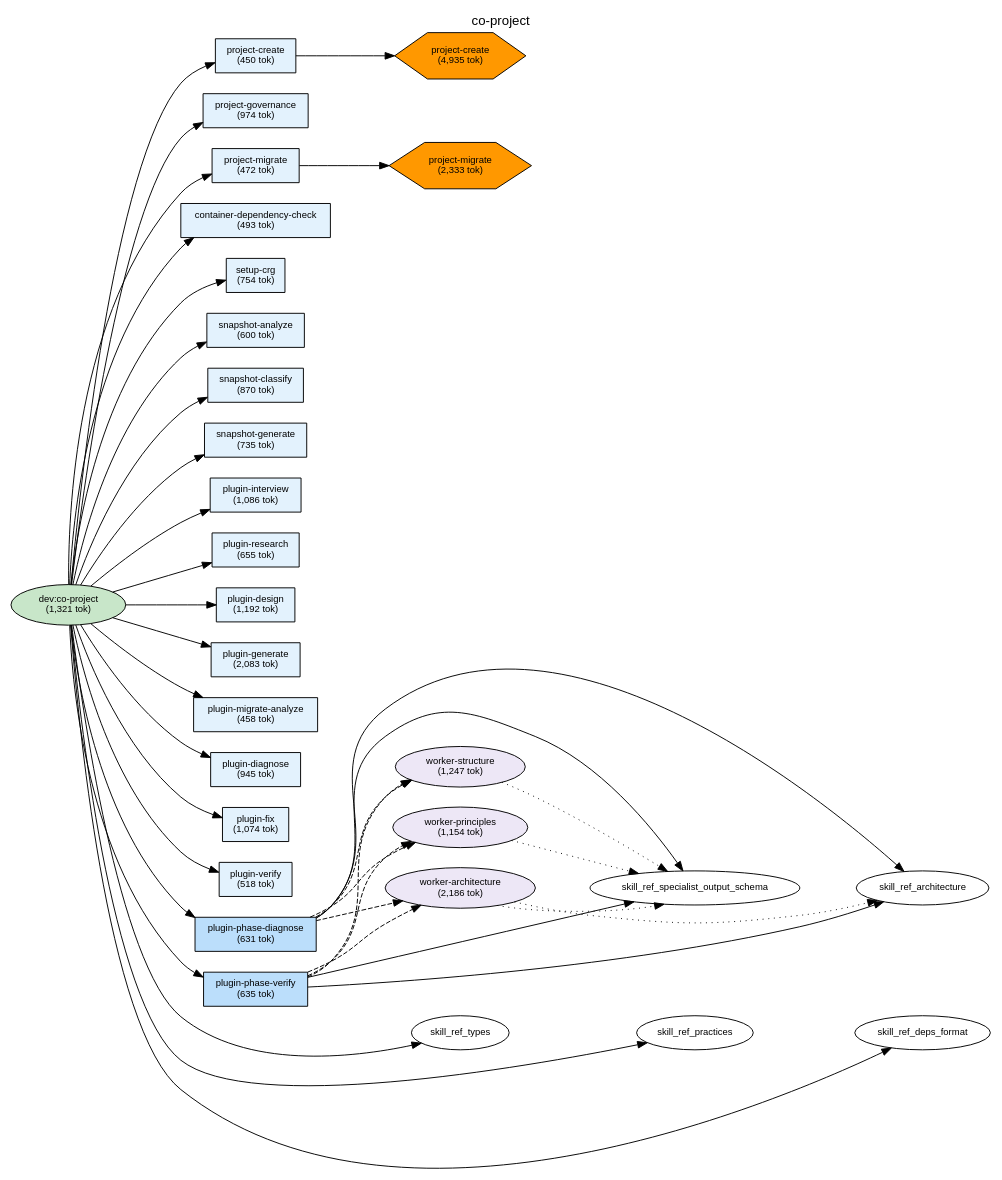
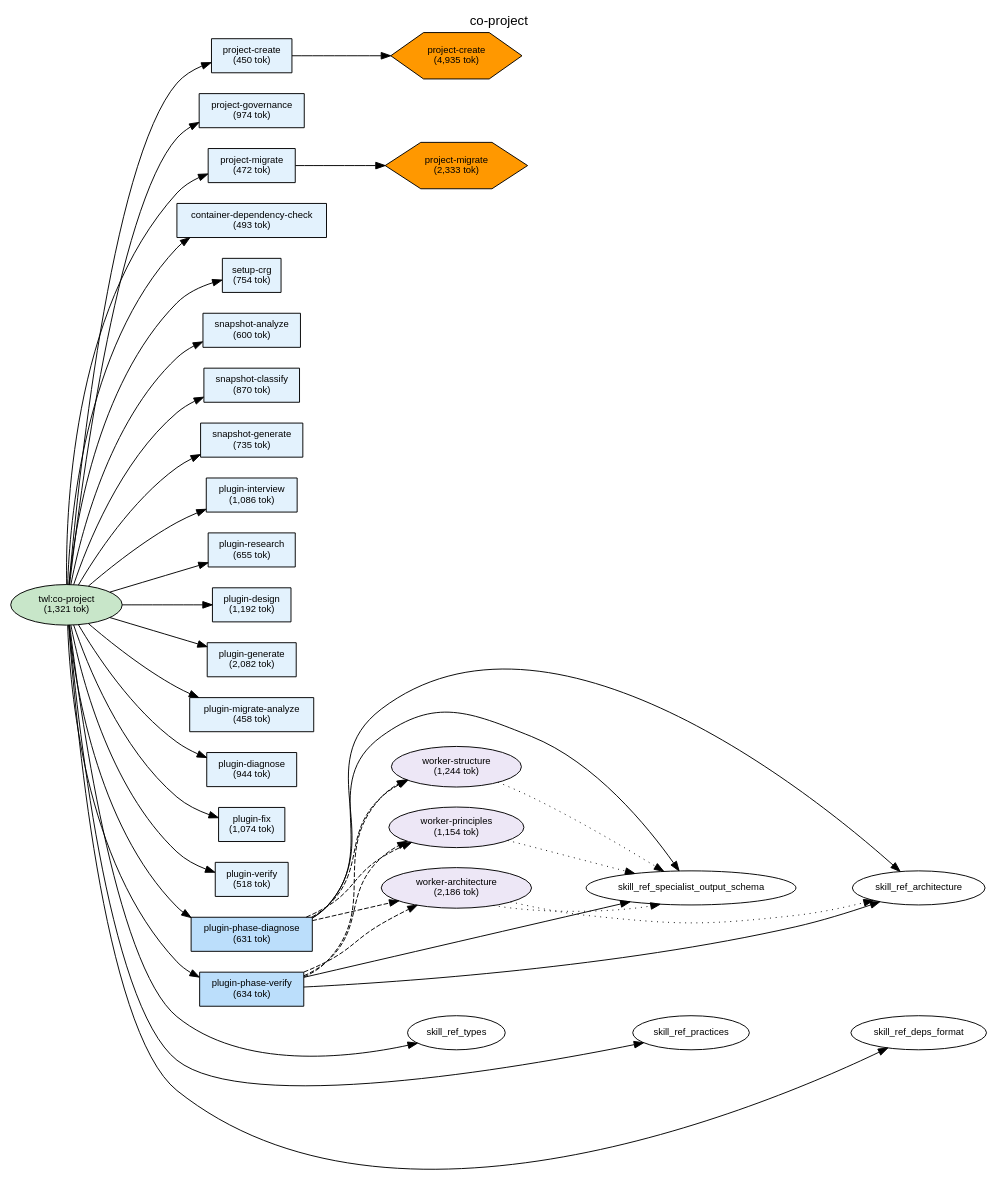
One commit to shuu5/twill changed the diagram in plugins/twl/docs/deps-co-project.dot. Above: the diagram before and after it, drawn with Graphviz. The commit also changed 19 other files, not shown here.

```diff
--- a/plugins/twl/docs/deps-co-project.dot
+++ b/plugins/twl/docs/deps-co-project.dot
@@ -1,133 +1,133 @@
 digraph Dependencies {
     // Graph settings
     rankdir=LR;
     ranksep=0.8;
     nodesep=0.3;
     fontname="Helvetica";
     node [fontname="Helvetica", fontsize=10];
     edge [fontname="Helvetica", fontsize=9];
     label="co-project";
     labelloc=t;
     fontsize=14;
 
     // L0: Controller Skills
-    skill_co_project [label="dev:co-project\n(1,321 tok)", shape=ellipse, style=filled, fillcolor="#c8e6c9"];
+    skill_co_project [label="twl:co-project\n(1,321 tok)", shape=ellipse, style=filled, fillcolor="#c8e6c9"];
 
     // L0: Launchers
 
     // L0.5: Workflow Skills
 
     // Reference Skills
 
     // L1: Direct Commands
     cmd_project_create [label="project-create\n(450 tok)", shape=box, style=filled, fillcolor="#e3f2fd"];
     cmd_project_governance [label="project-governance\n(974 tok)", shape=box, style=filled, fillcolor="#e3f2fd"];
     cmd_project_migrate [label="project-migrate\n(472 tok)", shape=box, style=filled, fillcolor="#e3f2fd"];
     cmd_container_dependency_check [label="container-dependency-check\n(493 tok)", shape=box, style=filled, fillcolor="#e3f2fd"];
     cmd_setup_crg [label="setup-crg\n(754 tok)", shape=box, style=filled, fillcolor="#e3f2fd"];
     cmd_snapshot_analyze [label="snapshot-analyze\n(600 tok)", shape=box, style=filled, fillcolor="#e3f2fd"];
     cmd_snapshot_classify [label="snapshot-classify\n(870 tok)", shape=box, style=filled, fillcolor="#e3f2fd"];
     cmd_snapshot_generate [label="snapshot-generate\n(735 tok)", shape=box, style=filled, fillcolor="#e3f2fd"];
     cmd_plugin_interview [label="plugin-interview\n(1,086 tok)", shape=box, style=filled, fillcolor="#e3f2fd"];
     cmd_plugin_research [label="plugin-research\n(655 tok)", shape=box, style=filled, fillcolor="#e3f2fd"];
     cmd_plugin_design [label="plugin-design\n(1,192 tok)", shape=box, style=filled, fillcolor="#e3f2fd"];
-    cmd_plugin_generate [label="plugin-generate\n(2,083 tok)", shape=box, style=filled, fillcolor="#e3f2fd"];
+    cmd_plugin_generate [label="plugin-generate\n(2,082 tok)", shape=box, style=filled, fillcolor="#e3f2fd"];
     cmd_plugin_migrate_analyze [label="plugin-migrate-analyze\n(458 tok)", shape=box, style=filled, fillcolor="#e3f2fd"];
-    cmd_plugin_diagnose [label="plugin-diagnose\n(945 tok)", shape=box, style=filled, fillcolor="#e3f2fd"];
+    cmd_plugin_diagnose [label="plugin-diagnose\n(944 tok)", shape=box, style=filled, fillcolor="#e3f2fd"];
     cmd_plugin_fix [label="plugin-fix\n(1,074 tok)", shape=box, style=filled, fillcolor="#e3f2fd"];
     cmd_plugin_verify [label="plugin-verify\n(518 tok)", shape=box, style=filled, fillcolor="#e3f2fd"];
     cmd_plugin_phase_diagnose [label="plugin-phase-diagnose\n(631 tok)", shape=box, style=filled, fillcolor="#bbdefb"];
-    cmd_plugin_phase_verify [label="plugin-phase-verify\n(635 tok)", shape=box, style=filled, fillcolor="#bbdefb"];
+    cmd_plugin_phase_verify [label="plugin-phase-verify\n(634 tok)", shape=box, style=filled, fillcolor="#bbdefb"];
 
     // L2: Sub Commands
 
     // L3: Agents
-    agent_worker_structure [label="worker-structure\n(1,247 tok)", shape=ellipse, style=filled, fillcolor="#ede7f6"];
+    agent_worker_structure [label="worker-structure\n(1,244 tok)", shape=ellipse, style=filled, fillcolor="#ede7f6"];
     agent_worker_principles [label="worker-principles\n(1,154 tok)", shape=ellipse, style=filled, fillcolor="#ede7f6"];
     agent_worker_architecture [label="worker-architecture\n(2,186 tok)", shape=ellipse, style=filled, fillcolor="#ede7f6"];
 
     // L3.5: Scripts
     script_project_create [label="project-create\n(4,935 tok)", shape=hexagon, style=filled, fillcolor="#FF9800"];
     script_project_migrate [label="project-migrate\n(2,333 tok)", shape=hexagon, style=filled, fillcolor="#FF9800"];
 
     // L4: External
 
     // Layer constraints
     { rank=same; skill_co_project; }
     { rank=same; cmd_project_create; cmd_project_governance; cmd_project_migrate; cmd_container_dependency_check; cmd_setup_crg; cmd_snapshot_analyze; cmd_snapshot_classify; cmd_snapshot_generate; cmd_plugin_interview; cmd_plugin_research; cmd_plugin_design; cmd_plugin_generate; cmd_plugin_migrate_analyze; cmd_plugin_diagnose; cmd_plugin_fix; cmd_plugin_verify; cmd_plugin_phase_diagnose; cmd_plugin_phase_verify; }
     { rank=same; agent_worker_structure; agent_worker_principles; agent_worker_architecture; }
     { rank=same; script_project_create; script_project_migrate; }
 
     // Edges
     skill_co_project -> cmd_project_create;
     skill_co_project -> cmd_project_governance;
     skill_co_project -> cmd_project_migrate;
     skill_co_project -> cmd_container_dependency_check;
     skill_co_project -> cmd_setup_crg;
     skill_co_project -> cmd_snapshot_analyze;
     skill_co_project -> cmd_snapshot_classify;
     skill_co_project -> cmd_snapshot_generate;
     skill_co_project -> cmd_plugin_interview;
     skill_co_project -> cmd_plugin_research;
     skill_co_project -> cmd_plugin_design;
     skill_co_project -> cmd_plugin_generate;
     skill_co_project -> cmd_plugin_migrate_analyze;
     skill_co_project -> cmd_plugin_diagnose;
     skill_co_project -> cmd_plugin_fix;
     skill_co_project -> cmd_plugin_verify;
     skill_co_project -> cmd_plugin_phase_diagnose;
     skill_co_project -> cmd_plugin_phase_verify;
     skill_co_project -> skill_ref_types;
     skill_co_project -> skill_ref_practices;
     skill_co_project -> skill_ref_deps_format;
     cmd_project_create -> script_project_create;
     cmd_project_migrate -> script_project_migrate;
     cmd_plugin_phase_diagnose -> agent_worker_structure [style=dashed];
     cmd_plugin_phase_diagnose -> agent_worker_principles [style=dashed];
     cmd_plugin_phase_diagnose -> agent_worker_architecture [style=dashed];
     cmd_plugin_phase_diagnose -> skill_ref_specialist_output_schema;
     cmd_plugin_phase_diagnose -> skill_ref_architecture;
     cmd_plugin_phase_verify -> agent_worker_structure [style=dashed];
     cmd_plugin_phase_verify -> agent_worker_principles [style=dashed];
     cmd_plugin_phase_verify -> agent_worker_architecture [style=dashed];
     cmd_plugin_phase_verify -> skill_ref_specialist_output_schema;
     cmd_plugin_phase_verify -> skill_ref_architecture;
     agent_worker_structure -> skill_ref_specialist_output_schema [style=dotted];
     agent_worker_principles -> skill_ref_specialist_output_schema [style=dotted];
     agent_worker_architecture -> skill_ref_specialist_output_schema [style=dotted];
     agent_worker_architecture -> skill_ref_architecture [style=dotted];
 
     // Ordering constraints (invisible edges)
     cmd_project_create -> cmd_project_governance [style=invis, weight=10];
     cmd_project_governance -> cmd_project_migrate [style=invis, weight=10];
     cmd_project_migrate -> cmd_container_dependency_check [style=invis, weight=10];
     cmd_container_dependency_check -> cmd_setup_crg [style=invis, weight=10];
     cmd_setup_crg -> cmd_snapshot_analyze [style=invis, weight=10];
     cmd_snapshot_analyze -> cmd_snapshot_classify [style=invis, weight=10];
     cmd_snapshot_classify -> cmd_snapshot_generate [style=invis, weight=10];
     cmd_snapshot_generate -> cmd_plugin_interview [style=invis, weight=10];
     cmd_plugin_interview -> cmd_plugin_research [style=invis, weight=10];
     cmd_plugin_research -> cmd_plugin_design [style=invis, weight=10];
     cmd_plugin_design -> cmd_plugin_generate [style=invis, weight=10];
     cmd_plugin_generate -> cmd_plugin_migrate_analyze [style=invis, weight=10];
     cmd_plugin_migrate_analyze -> cmd_plugin_diagnose [style=invis, weight=10];
     cmd_plugin_diagnose -> cmd_plugin_fix [style=invis, weight=10];
     cmd_plugin_fix -> cmd_plugin_verify [style=invis, weight=10];
     cmd_plugin_verify -> cmd_plugin_phase_diagnose [style=invis, weight=10];
     cmd_plugin_phase_diagnose -> cmd_plugin_phase_verify [style=invis, weight=10];
     cmd_plugin_phase_verify -> skill_ref_types [style=invis, weight=10];
     skill_ref_types -> skill_ref_practices [style=invis, weight=10];
     skill_ref_practices -> skill_ref_deps_format [style=invis, weight=10];
     agent_worker_structure -> agent_worker_principles [style=invis, weight=10];
     agent_worker_principles -> agent_worker_architecture [style=invis, weight=10];
     agent_worker_architecture -> skill_ref_specialist_output_schema [style=invis, weight=10];
     skill_ref_specialist_output_schema -> skill_ref_architecture [style=invis, weight=10];
     agent_worker_structure -> agent_worker_principles [style=invis, weight=10];
     agent_worker_principles -> agent_worker_architecture [style=invis, weight=10];
     agent_worker_architecture -> skill_ref_specialist_output_schema [style=invis, weight=10];
     skill_ref_specialist_output_schema -> skill_ref_architecture [style=invis, weight=10];
     agent_worker_structure -> agent_worker_principles [style=invis, weight=10];
     agent_worker_structure -> agent_worker_principles [style=invis, weight=10];
     agent_worker_architecture -> skill_ref_specialist_output_schema [style=invis, weight=10];
 
 }
```
